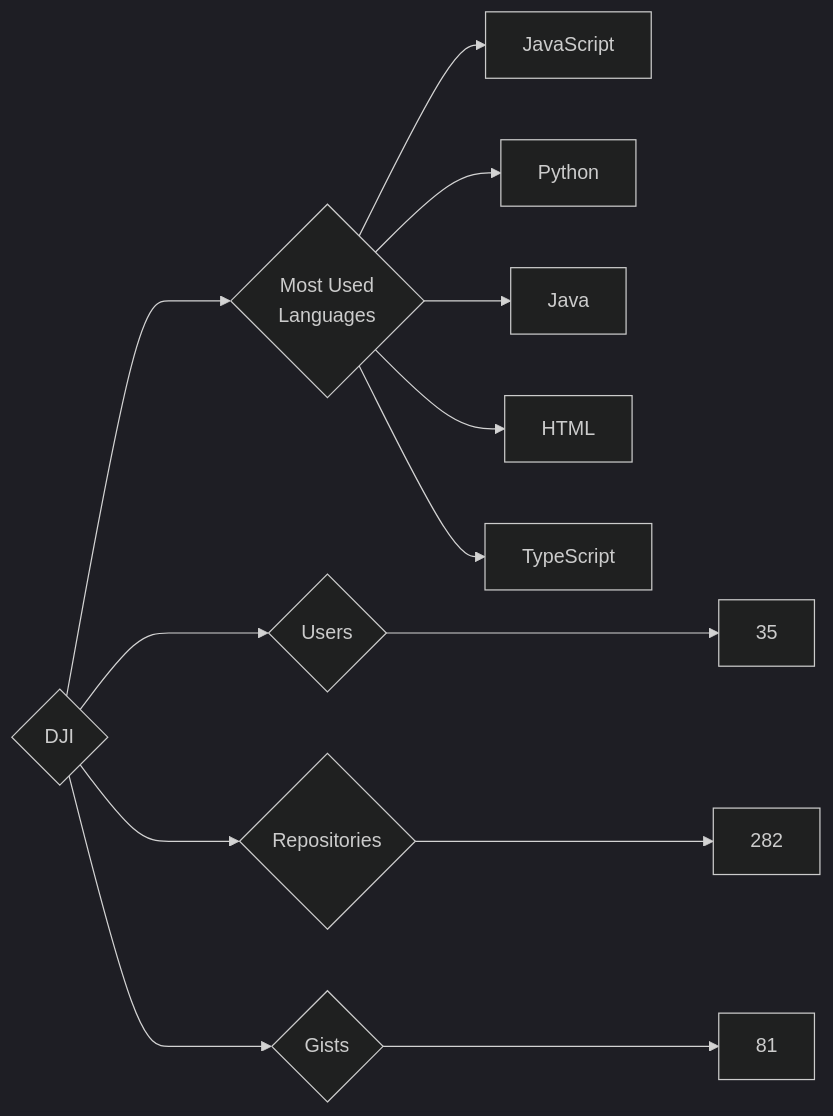
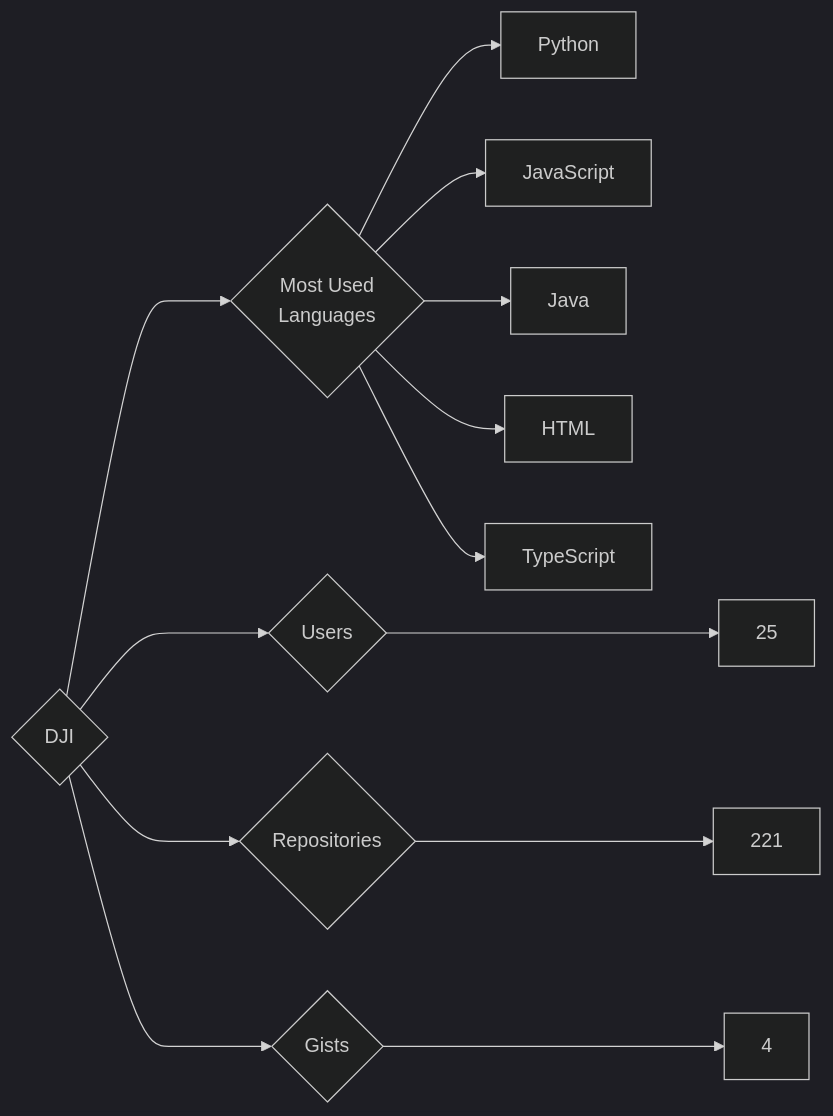
One commit to trickest/insiders changed the diagram in targets/DJI/README.md. Above: the diagram before and after it, drawn with Mermaid (dark theme). The commit also changed 823 other files, not shown here.

````diff
--- a/targets/DJI/README.md
+++ b/targets/DJI/README.md
@@ -3,13 +3,13 @@
 ```mermaid
 graph LR
 COMPANY_NAME{DJI}
-COMPANY_NAME ---> U{Users} ---> UN[35]
-COMPANY_NAME ---> R{Repositories} ---> RN[282]
-COMPANY_NAME ---> G{Gists} ---> GN[81]
+COMPANY_NAME ---> U{Users} ---> UN[25]
+COMPANY_NAME ---> R{Repositories} ---> RN[221]
+COMPANY_NAME ---> G{Gists} ---> GN[4]
 COMPANY_NAME ---> ML{Most Used<br>Languages}
+ML --> Python[Python]
 ML --> JavaScript[JavaScript]
-ML --> Python[Python]
 ML --> Java[Java]
 ML --> HTML[HTML]
 ML --> TypeScript[TypeScript]
 ```
````
